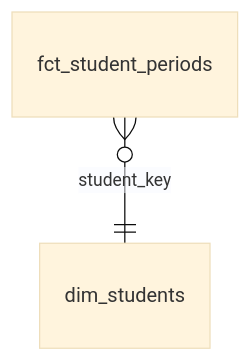
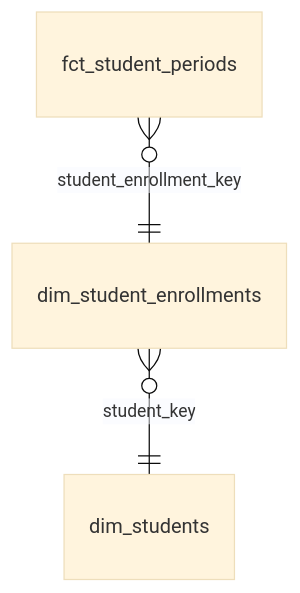
Before and after one commit to TEAMSchools/teamster: diagram 20 of 25 in docs/reference/marts-data-models.md, drawn with Mermaid (base theme). The commit also changed other lines of this file and 4 other files, not shown here.

````diff
--- a/docs/reference/marts-data-models.md
+++ b/docs/reference/marts-data-models.md
@@ -367,4 +367,5 @@
 ```mermaid
 erDiagram
-  fct_student_periods }o--|| dim_students : "student_key"
+  fct_student_periods }o--|| dim_student_enrollments : "student_enrollment_key"
+  dim_student_enrollments }o--|| dim_students : "student_key"
 ```
````
